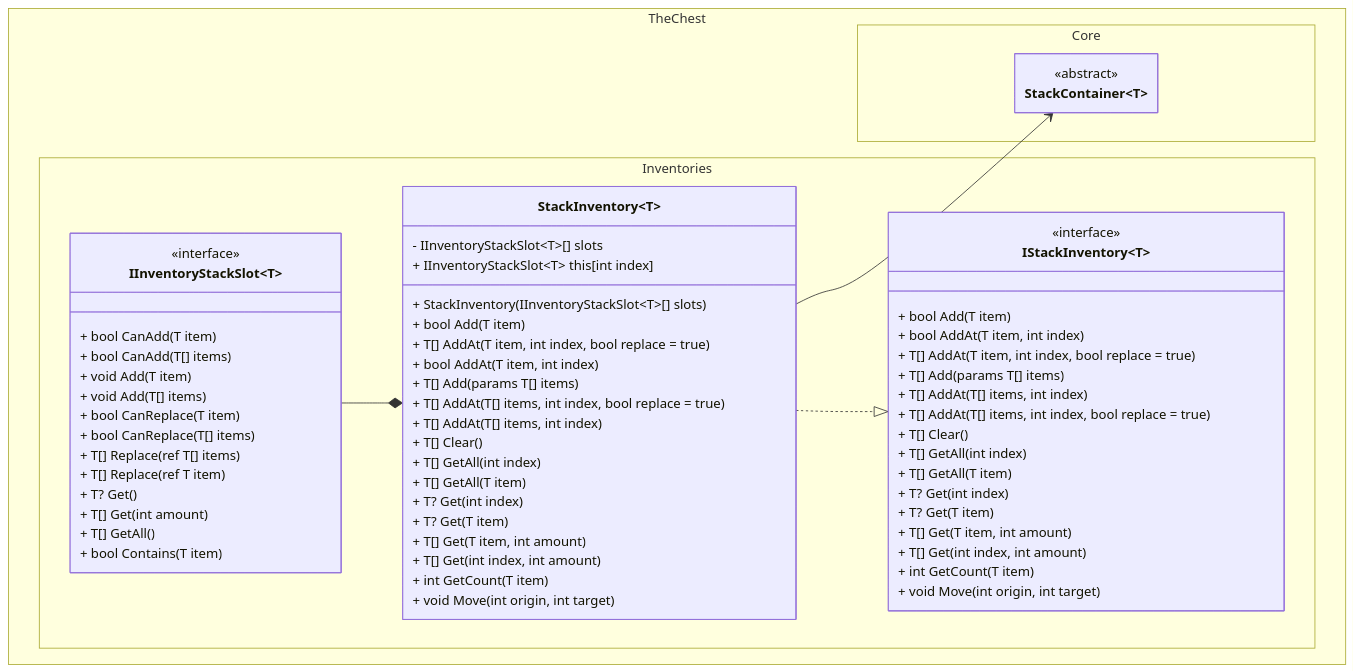
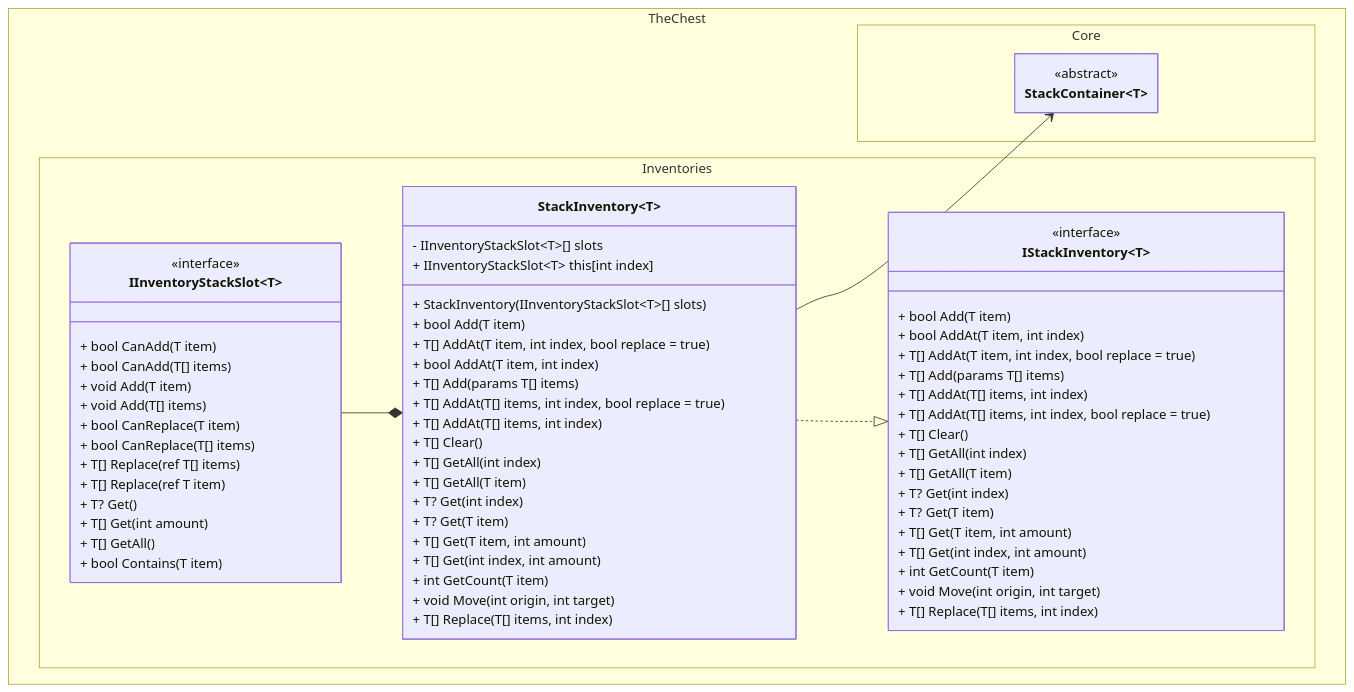
The first of 2 diagrams in docs/stack_inventory/class_diagram.md (The-Chest/TheChest.Inventories), drawn with Mermaid before and after one commit. The commit also changed 2 other files, not shown here.

Commit message:
Adds docs to StackInventory.Replace

````diff
--- a/docs/stack_inventory/class_diagram.md
+++ b/docs/stack_inventory/class_diagram.md
@@ -4,76 +4,78 @@
 ```mermaid
 ---
 config:
   theme: mc
   look: classic
   class:
     hideEmptyMembersBox: true
 ---
 classDiagram
 direction TB
     namespace TheChest.Core{
         class StackContainer~T~ {
         }
     }
     
     namespace TheChest.Inventories{
         class StackInventory~T~ {
             - IInventoryStackSlot~T~[] slots
             + IInventoryStackSlot~T~ this[int index]
             + StackInventory(IInventoryStackSlot~T~[] slots)
             + bool Add(T item)
             + T[] AddAt(T item, int index, bool replace = true)
             + bool AddAt(T item, int index)
             + T[] Add(params T[] items)
             + T[] AddAt(T[] items, int index, bool replace = true)
             + T[] AddAt(T[] items, int index)
             + T[] Clear()
             + T[] GetAll(int index)
             + T[] GetAll(T item)
             + T? Get(int index)
             + T? Get(T item)
             + T[] Get(T item, int amount)
             + T[] Get(int index, int amount)
             + int GetCount(T item)
             + void Move(int origin, int target)
+            + T[] Replace(T[] items, int index)
         }    
         class IInventoryStackSlot~T~ {
             + bool CanAdd(T item)
             + bool CanAdd(T[] items)
             + void Add(T item)
             + void Add(T[] items)
             + bool CanReplace(T item)
             + bool CanReplace(T[] items)
             + T[] Replace(ref T[] items)
             + T[] Replace(ref T item)
             + T? Get()
             + T[] Get(int amount)
             + T[] GetAll()
             + bool Contains(T item)
         }
         class IStackInventory~T~ {
             + bool Add(T item)
             + bool AddAt(T item, int index)
             + T[] AddAt(T item, int index, bool replace = true)
             + T[] Add(params T[] items)
             + T[] AddAt(T[] items, int index)
             + T[] AddAt(T[] items, int index, bool replace = true)
             + T[] Clear()
             + T[] GetAll(int index)
             + T[] GetAll(T item)
             + T? Get(int index)
             + T? Get(T item)
             + T[] Get(T item, int amount)
             + T[] Get(int index, int amount)
             + int GetCount(T item)
             + void Move(int origin, int target)
+            + T[] Replace(T[] items, int index)
         }
     }
 	<<abstract>> StackContainer
 	<<interface>> IStackInventory
 	<<interface>> IInventoryStackSlot
 
     StackInventory ..|> IStackInventory
     StackInventory --> StackContainer
     IInventoryStackSlot --* StackInventory
 ```
````
